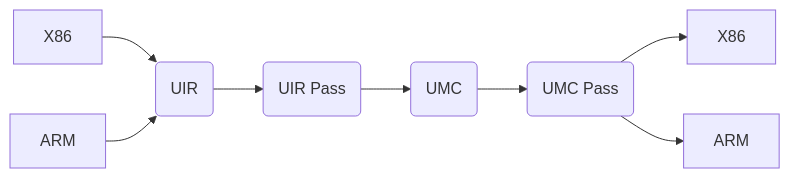
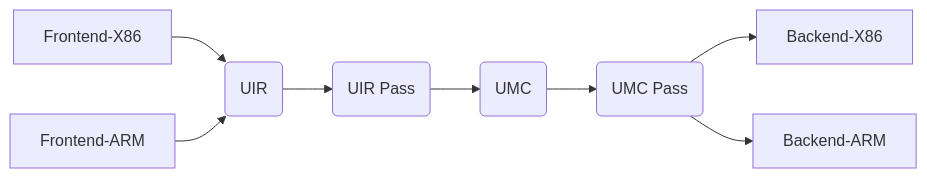
One commit to NewWorldComingSoon/UnknownRebuilder changed the diagram in README.md. Above: the diagram before and after it, drawn with Mermaid.

````diff
--- a/README.md
+++ b/README.md
@@ -8,10 +8,10 @@
 ```mermaid
 flowchart LR
-A1[X86] -->B(UIR)
-A2[ARM] -->B(UIR)
+A1[Frontend-X86] -->B(UIR)
+A2[Frontend-ARM] -->B(UIR)
 B -->C(UIR Pass)
 C -->D(UMC)
 D -->E(UMC Pass)
-E -->F1[X86]
-E -->F2[ARM]
+E -->F1[Backend-X86]
+E -->F2[Backend-ARM]
 ```
````
